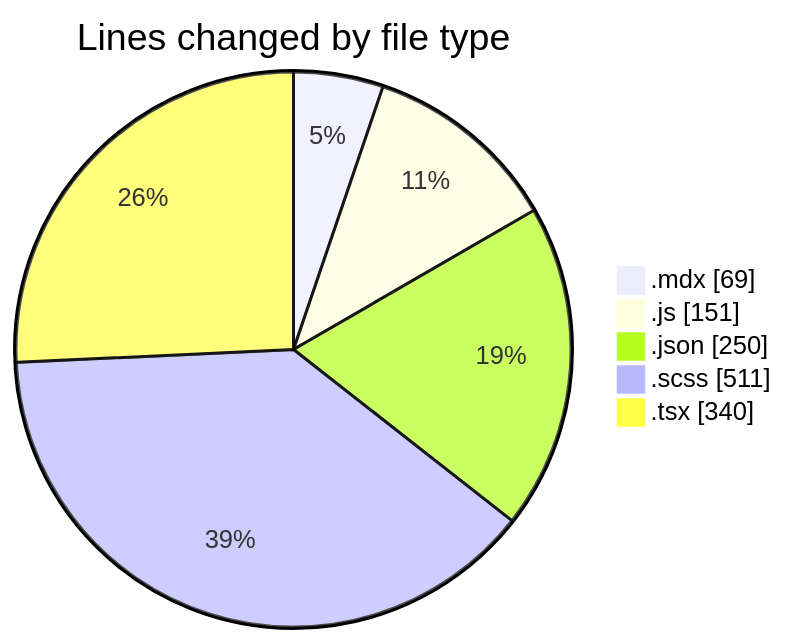
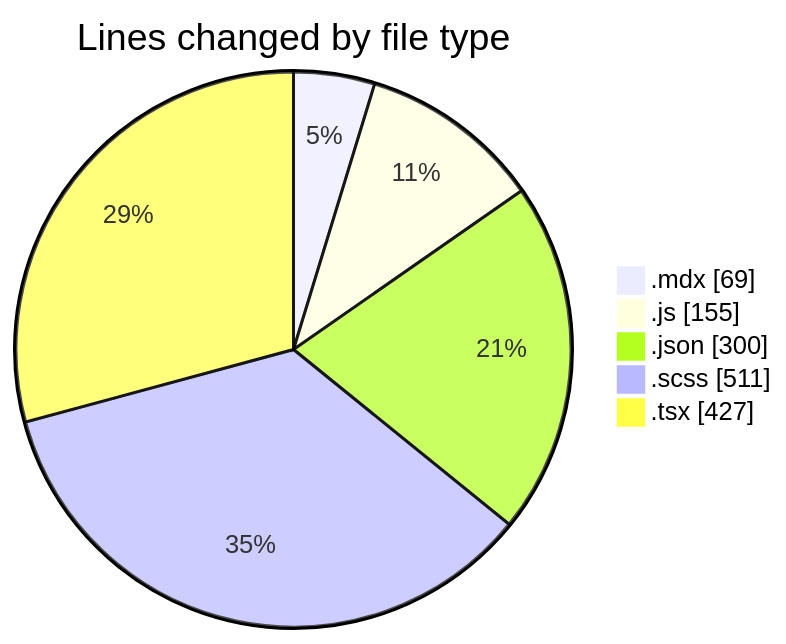
One commit to momahboobian/code-tracking changed the first of 2 diagrams in 2026-08-13/cda/README.md. Above: the diagram before and after it, drawn with Mermaid. The commit also changed other lines of this file and 1 other file, not shown here.

````diff
--- a/2026-08-13/cda/README.md
+++ b/2026-08-13/cda/README.md
@@ -29,9 +30,9 @@
 ```mermaid
 pie showData
 title Lines changed by file type
 ".mdx" : 69
-".js" : 151
-".json" : 250
+".js" : 155
+".json" : 300
 ".scss" : 511
-".tsx" : 340
+".tsx" : 427
 ```
````
